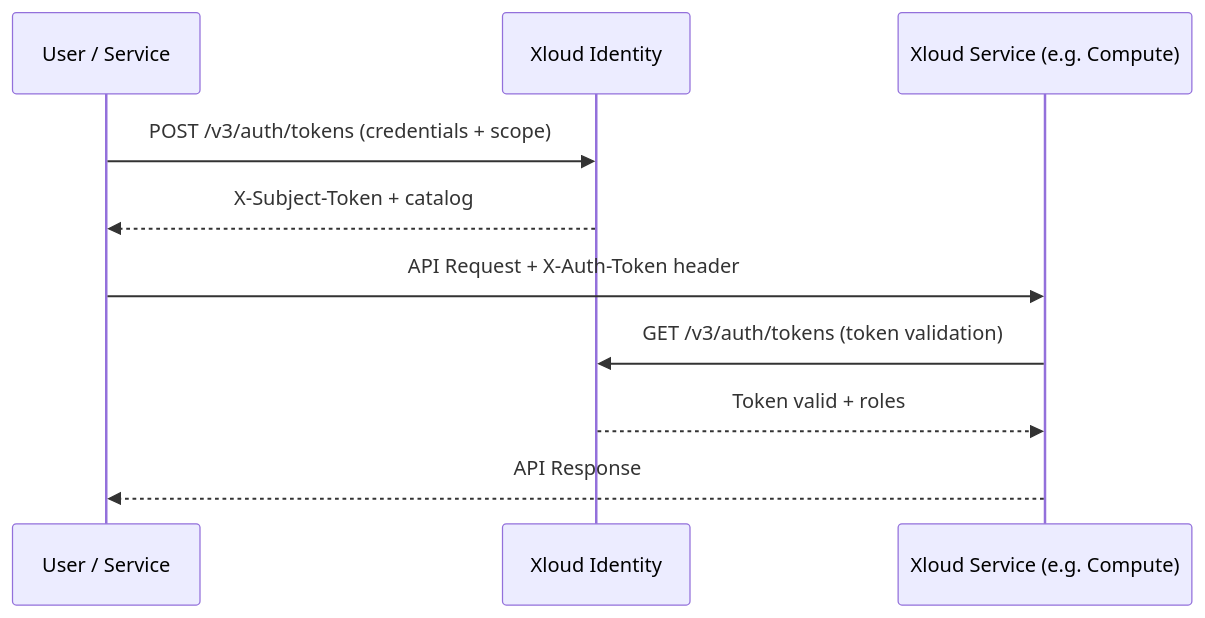
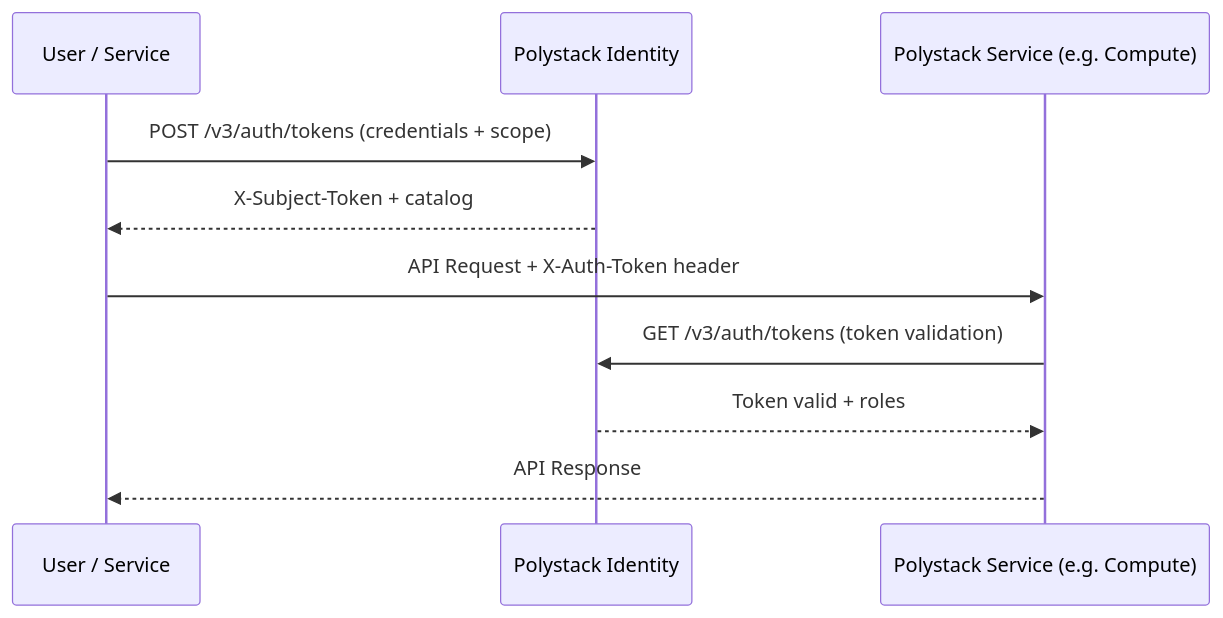
Before and after one commit to ankur-kumar87/docs-polystack: the diagram in services/identity/index.mdx, drawn with Mermaid. The commit also changed other lines of this file and 425 other files, not shown here.

````diff
--- a/services/identity/index.mdx
+++ b/services/identity/index.mdx
@@ -74,12 +74,12 @@
 ```mermaid
 sequenceDiagram
     participant U as User / Service
-    participant I as Xloud Identity
-    participant S as Xloud Service (e.g. Compute)
+    participant I as Polystack Identity
+    participant S as Polystack Service (e.g. Compute)
     U->>I: POST /v3/auth/tokens (credentials + scope)
     I-->>U: X-Subject-Token + catalog
     U->>S: API Request + X-Auth-Token header
     S->>I: GET /v3/auth/tokens (token validation)
     I-->>S: Token valid + roles
     S-->>U: API Response
 ```
````
